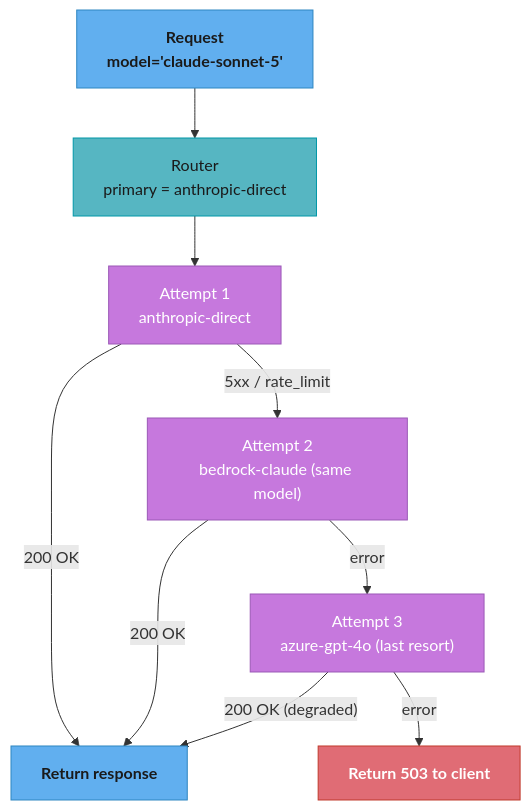
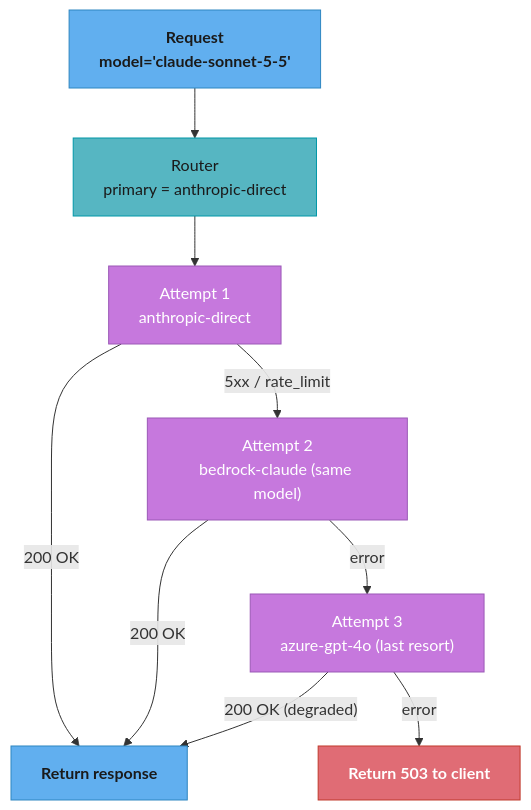
One commit to rppol/system-design changed the second of 2 diagrams in src/main/java/com/rutik/systemdesign/llm/agentic_frameworks/litellm_routing.md. Above: the diagram before and after it, drawn with Mermaid. The commit also changed other lines of this file and 655 other files, not shown here.

````diff
--- a/src/main/java/com/rutik/systemdesign/llm/agentic_frameworks/litellm_routing.md
+++ b/src/main/java/com/rutik/systemdesign/llm/agentic_frameworks/litellm_routing.md
@@ -100,31 +100,31 @@
 ```mermaid
 flowchart TD
     classDef io      fill:#61afef,stroke:#2e86c1,color:#1a1a1a,font-weight:bold
     classDef frozen  fill:#c678dd,stroke:#9b59b6,color:#fff
     classDef train   fill:#98c379,stroke:#27ae60,color:#1a1a1a
     classDef mathOp  fill:#d19a66,stroke:#e67e22,color:#1a1a1a,font-weight:bold
     classDef lossN   fill:#e06c75,stroke:#c0392b,color:#fff,font-weight:bold
     classDef req     fill:#56b6c2,stroke:#0097a7,color:#1a1a1a
     classDef base    fill:#e5c07b,stroke:#f39c12,color:#1a1a1a
 
-    REQ["Request\nmodel='claude-sonnet-5'"]
+    REQ["Request\nmodel='claude-sonnet-5-5'"]
     RTR["Router\nprimary = anthropic-direct"]
     A1["Attempt 1\nanthropic-direct"]
     A2["Attempt 2\nbedrock-claude (same model)"]
     A3["Attempt 3\nazure-gpt-4o (last resort)"]
     OK["Return response"]
     ERR["Return 503 to client"]
 
     REQ --> RTR --> A1
     A1 -->|"200 OK"| OK
     A1 -->|"5xx / rate_limit"| A2
     A2 -->|"200 OK"| OK
     A2 -->|"error"| A3
     A3 -->|"200 OK (degraded)"| OK
     A3 -->|"error"| ERR
 
     class REQ,OK io
     class RTR req
     class A1,A2,A3 frozen
     class ERR lossN
 ```
````
